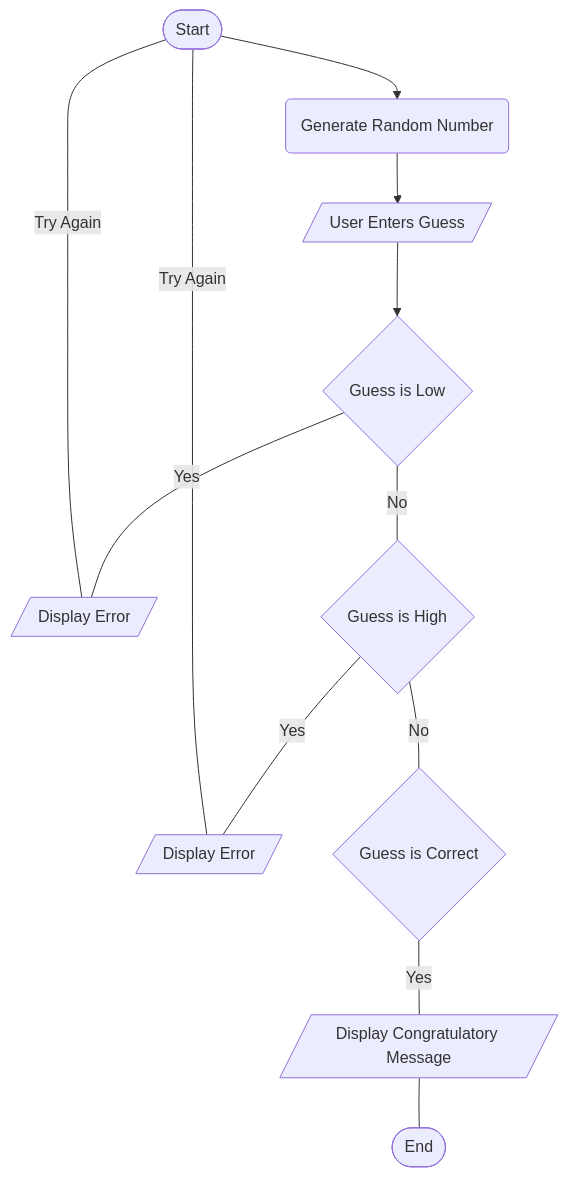
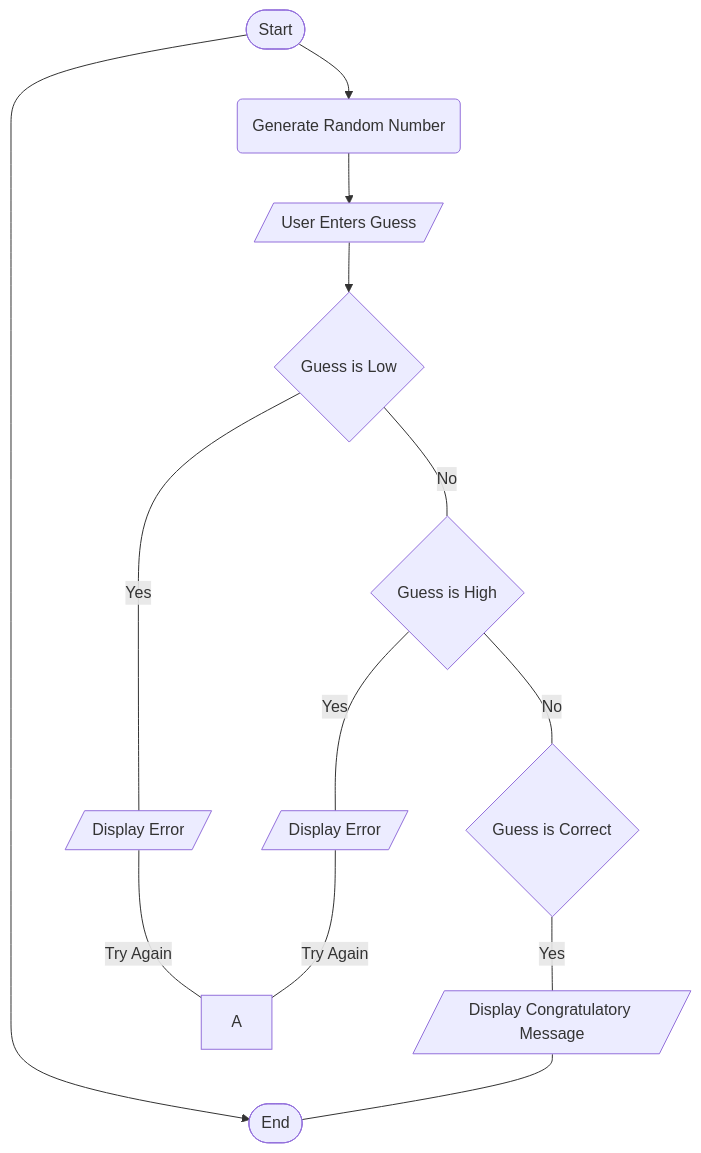
One commit to skkhan157/Random-Guessing-Game- changed the diagram in Guessing.md. Above: the diagram before and after it, drawn with Mermaid.

````diff
--- a/Guessing.md
+++ b/Guessing.md
@@ -1,20 +1,20 @@
 ```mermaid 
 flowchart TD
-    A([Start]) --> B(Generate Random Number)
+    Start([Start]) --> End([End]) 
+    Start([Start]) --> B(Generate Random Number)
     B --> C[/User Enters Guess/]
     C -->D{Guess is Low}
     E[/Display Error/]
     D---|Yes|E
     F{Guess is High}
     D---|No|F
     G[/Display Error/]
     F---|Yes|G
     F---|No|H
     H{Guess is Correct}
     I[/Display Congratulatory Message/]
     H---|Yes|I 
     E---|Try Again|A 
     G---|Try Again|A 
-    J([End])
-    I---J
+    I---End
 ``` 
````
